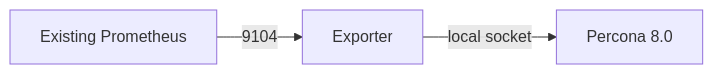
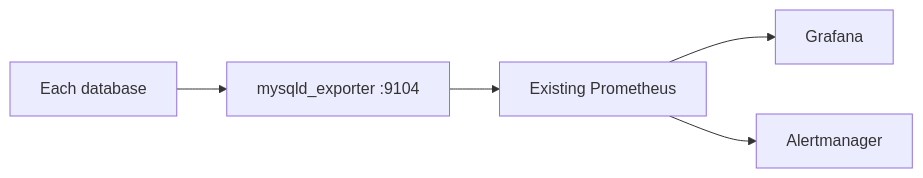
The diagram in docs/monitoring.md (OT-OSM/percona_server), drawn with Mermaid before and after one commit. The commit also changed other lines of this file and 159 other files, not shown here.

````diff
--- a/docs/monitoring.md
+++ b/docs/monitoring.md
@@ -3,5 +3,7 @@
 ```mermaid
 flowchart LR
-  P[Existing Prometheus] -->|9104| E[Exporter]
-  E -->|local socket| D[Percona 8.0]
+  D[Each database] --> E[mysqld_exporter :9104]
+  E --> P[Existing Prometheus]
+  P --> G[Grafana]
+  P --> A[Alertmanager]
 ```
````
